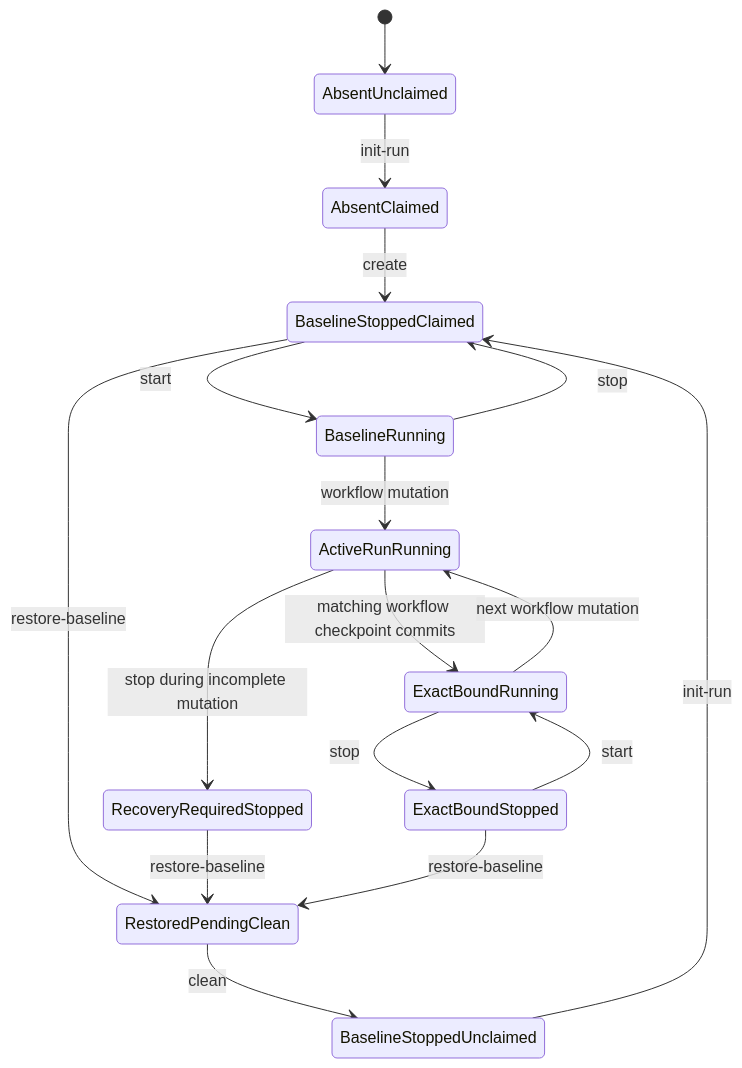
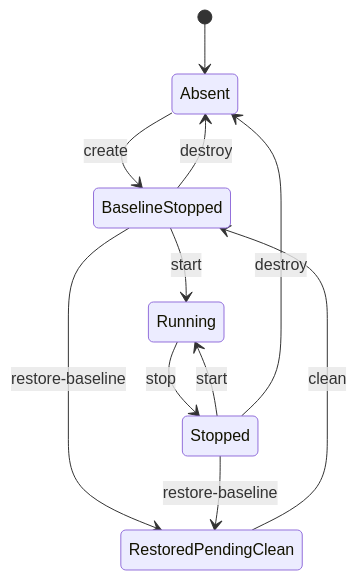
One commit to NoNine/loopforge changed the second of 2 diagrams in simulation/docs/shared/lifecycle-state-model.md. Above: the diagram before and after it, drawn with Mermaid. The commit also changed other lines of this file and 43 other files, not shown here.

````diff
--- a/simulation/docs/shared/lifecycle-state-model.md
+++ b/simulation/docs/shared/lifecycle-state-model.md
@@ -362,21 +455,13 @@
 ```mermaid
 stateDiagram-v2
-  [*] --> AbsentUnclaimed
-  AbsentUnclaimed --> AbsentClaimed: init-run
-  AbsentClaimed --> BaselineStoppedClaimed: create
-
-  BaselineStoppedUnclaimed --> BaselineStoppedClaimed: init-run
-  BaselineStoppedClaimed --> BaselineRunning: start
-  BaselineRunning --> BaselineStoppedClaimed: stop
-  BaselineRunning --> ActiveRunRunning: workflow mutation
-  ActiveRunRunning --> ExactBoundRunning: matching workflow checkpoint commits
-  ExactBoundRunning --> ActiveRunRunning: next workflow mutation
-  ActiveRunRunning --> RecoveryRequiredStopped: stop during incomplete mutation
-  ExactBoundRunning --> ExactBoundStopped: stop
-  ExactBoundStopped --> ExactBoundRunning: start
-
-  BaselineStoppedClaimed --> RestoredPendingClean: restore-baseline
-  RecoveryRequiredStopped --> RestoredPendingClean: restore-baseline
-  ExactBoundStopped --> RestoredPendingClean: restore-baseline
-  RestoredPendingClean --> BaselineStoppedUnclaimed: clean
+  [*] --> Absent
+  Absent --> BaselineStopped: create
+  BaselineStopped --> Running: start
+  Running --> Stopped: stop
+  Stopped --> Running: start
+  BaselineStopped --> RestoredPendingClean: restore-baseline
+  Stopped --> RestoredPendingClean: restore-baseline
+  RestoredPendingClean --> BaselineStopped: clean
+  BaselineStopped --> Absent: destroy
+  Stopped --> Absent: destroy
 ```
````
